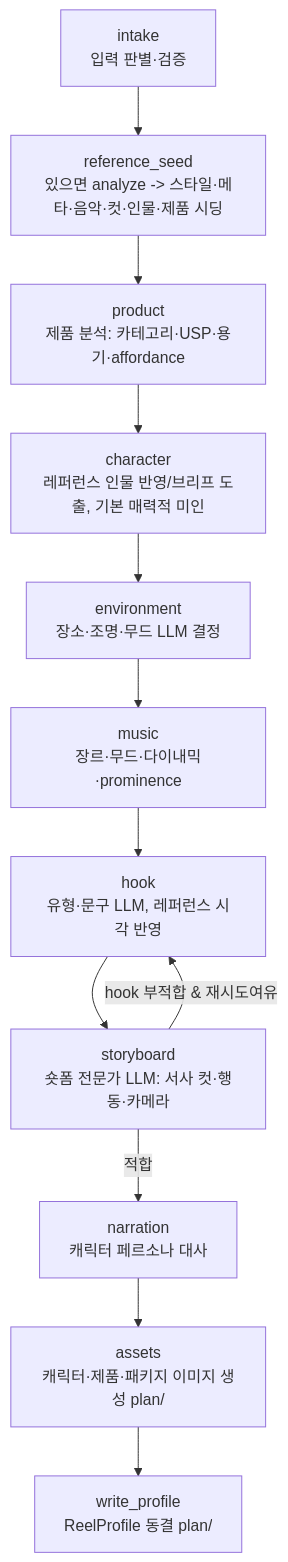
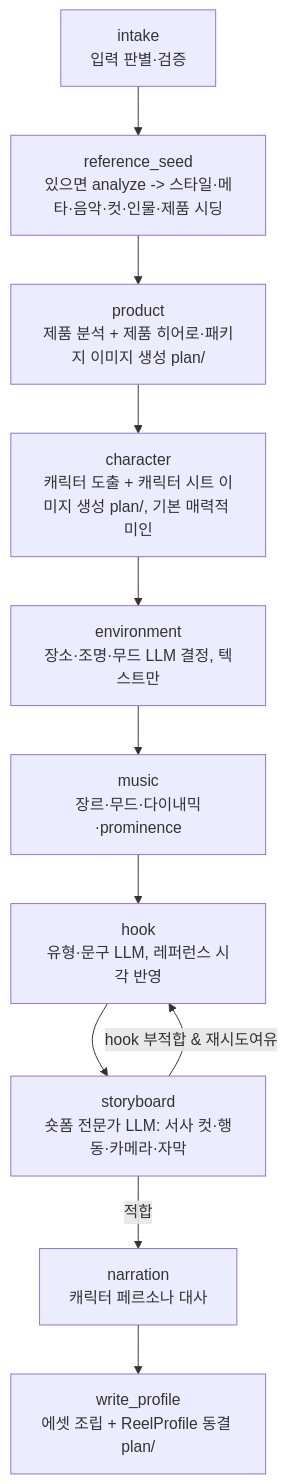
Before and after one commit to shalomeir/reel-gen-agent: the second of 3 diagrams in specs/workflows.md, drawn with Mermaid. The commit also changed other lines of this file and 38 other files, not shown here.

````diff
--- a/specs/workflows.md
+++ b/specs/workflows.md
@@ -79,14 +91,13 @@
 ```mermaid
 flowchart TD
     intake[intake<br/>입력 판별·검증] --> ref[reference_seed<br/>있으면 analyze -> 스타일·메타·음악·컷·인물·제품 시딩]
-    ref --> product[product<br/>제품 분석: 카테고리·USP·용기·affordance]
-    product --> char[character<br/>레퍼런스 인물 반영/브리프 도출, 기본 매력적 미인]
-    char --> env[environment<br/>장소·조명·무드 LLM 결정]
+    ref --> product[product<br/>제품 분석 + 제품 히어로·패키지 이미지 생성 plan/]
+    product --> char[character<br/>캐릭터 도출 + 캐릭터 시트 이미지 생성 plan/, 기본 매력적 미인]
+    char --> env[environment<br/>장소·조명·무드 LLM 결정, 텍스트만]
     env --> music[music<br/>장르·무드·다이내믹·prominence]
     music --> hook[hook<br/>유형·문구 LLM, 레퍼런스 시각 반영]
-    hook --> story[storyboard<br/>숏폼 전문가 LLM: 서사 컷·행동·카메라]
+    hook --> story[storyboard<br/>숏폼 전문가 LLM: 서사 컷·행동·카메라·자막]
     story -- hook 부적합 & 재시도여유 --> hook
     story -- 적합 --> narr[narration<br/>캐릭터 페르소나 대사]
-    narr --> assets[assets<br/>캐릭터·제품·패키지 이미지 생성 plan/]
-    assets --> write[write_profile<br/>ReelProfile 동결 plan/]
+    narr --> write[write_profile<br/>에셋 조립 + ReelProfile 동결 plan/]
 ```
````
